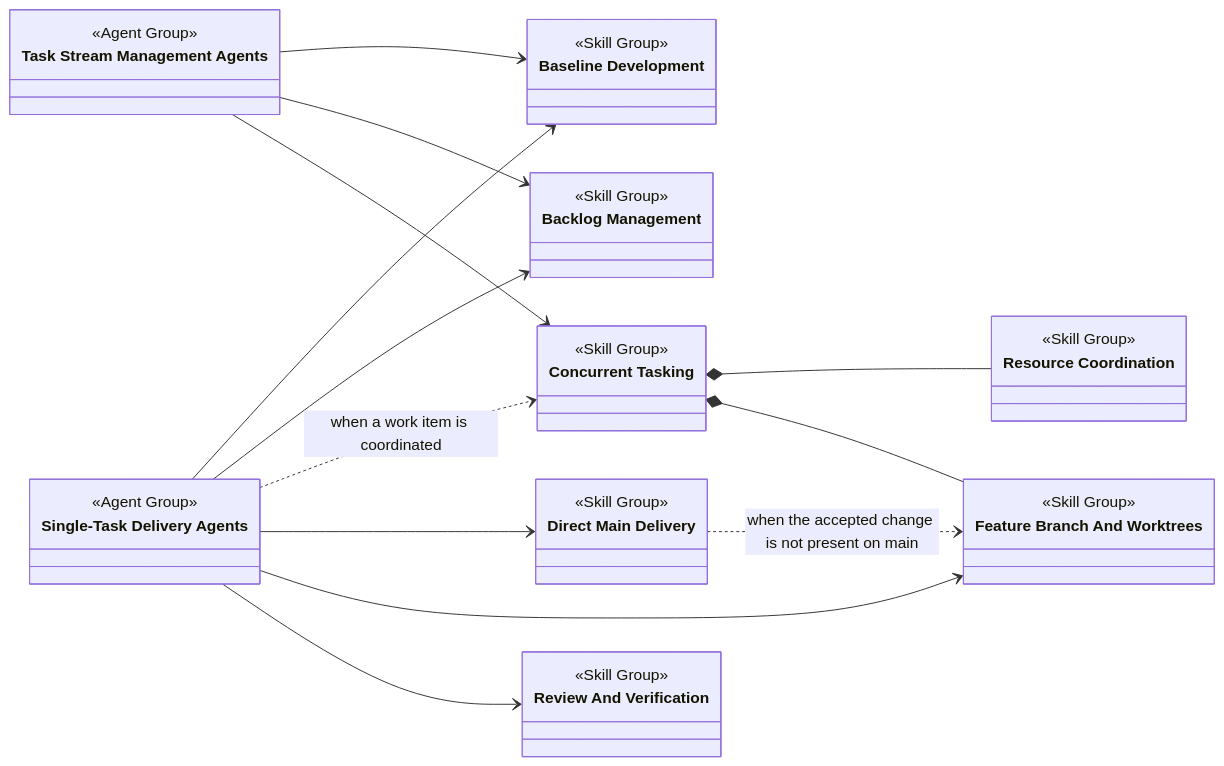
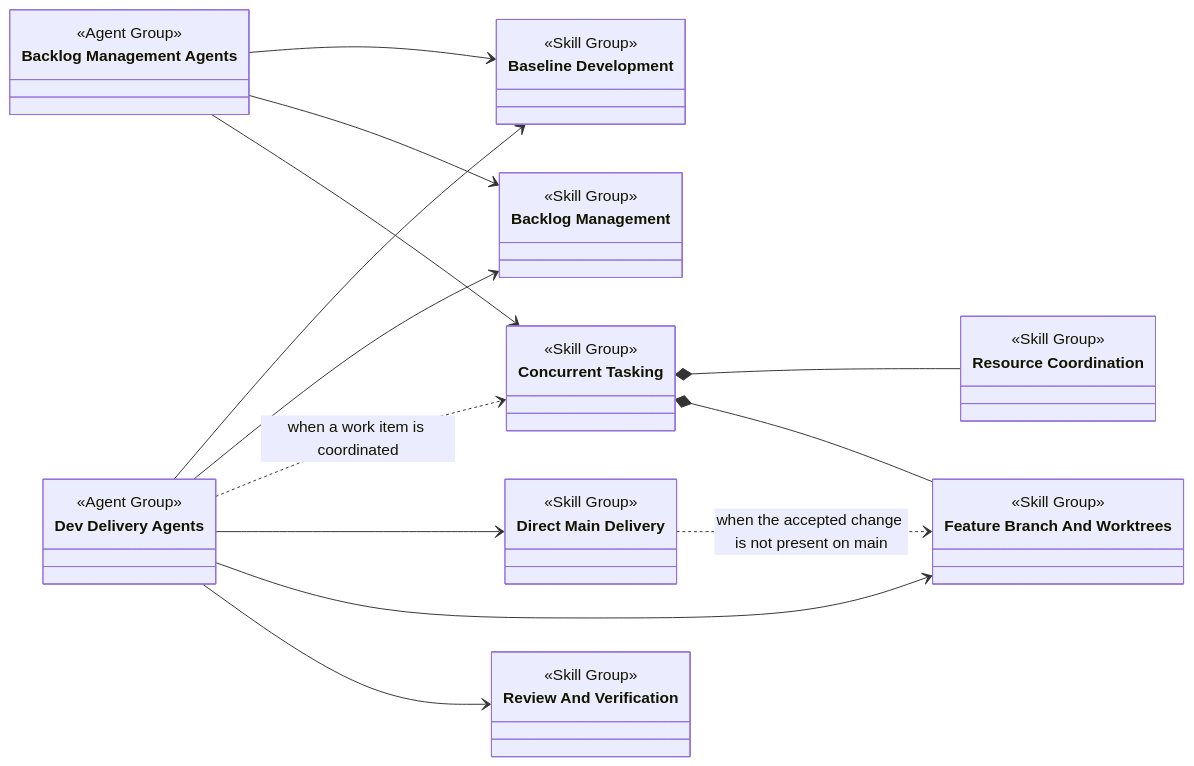
Before and after one commit to martinbechard/dev-methodology: the second of 8 diagrams in design/skill-groups/concurrent-tasking.md, drawn with Mermaid. The commit also changed other lines of this file, not shown here.

Commit message:
Rename task management agent groups

````diff
--- a/design/skill-groups/concurrent-tasking.md
+++ b/design/skill-groups/concurrent-tasking.md
@@ -70,48 +70,48 @@
 ```mermaid
 classDiagram
     direction LR
 
-    class TaskStreamManagementAgents["Task Stream Management Agents"] {
+    class BacklogManagementAgents["Backlog Management Agents"] {
         <<Agent Group>>
     }
 
-    class SingleTaskDeliveryAgents["Single-Task Delivery Agents"] {
+    class DevDeliveryAgents["Dev Delivery Agents"] {
         <<Agent Group>>
     }
 
     class BaselineDevelopment["Baseline Development"] {
         <<Skill Group>>
     }
     class BacklogManagement["Backlog Management"] {
         <<Skill Group>>
     }
     class ConcurrentTasking["Concurrent Tasking"] {
         <<Skill Group>>
     }
     class ResourceCoordination["Resource Coordination"] {
         <<Skill Group>>
     }
     class FeatureBranchAndWorktrees["Feature Branch And Worktrees"] {
         <<Skill Group>>
     }
     class DirectMainDelivery["Direct Main Delivery"] {
         <<Skill Group>>
     }
     class ReviewAndVerification["Review And Verification"] {
         <<Skill Group>>
     }
 
-    TaskStreamManagementAgents --> BaselineDevelopment
-    TaskStreamManagementAgents --> BacklogManagement
-    TaskStreamManagementAgents --> ConcurrentTasking
-    SingleTaskDeliveryAgents --> BaselineDevelopment
-    SingleTaskDeliveryAgents --> BacklogManagement
-    SingleTaskDeliveryAgents ..> ConcurrentTasking : when a work item is coordinated
-    SingleTaskDeliveryAgents --> DirectMainDelivery
-    SingleTaskDeliveryAgents --> FeatureBranchAndWorktrees
-    SingleTaskDeliveryAgents --> ReviewAndVerification
+    BacklogManagementAgents --> BaselineDevelopment
+    BacklogManagementAgents --> BacklogManagement
+    BacklogManagementAgents --> ConcurrentTasking
+    DevDeliveryAgents --> BaselineDevelopment
+    DevDeliveryAgents --> BacklogManagement
+    DevDeliveryAgents ..> ConcurrentTasking : when a work item is coordinated
+    DevDeliveryAgents --> DirectMainDelivery
+    DevDeliveryAgents --> FeatureBranchAndWorktrees
+    DevDeliveryAgents --> ReviewAndVerification
 
     ConcurrentTasking *-- ResourceCoordination
     ConcurrentTasking *-- FeatureBranchAndWorktrees
     DirectMainDelivery ..> FeatureBranchAndWorktrees : when the accepted change is not present on main
 ```
````
